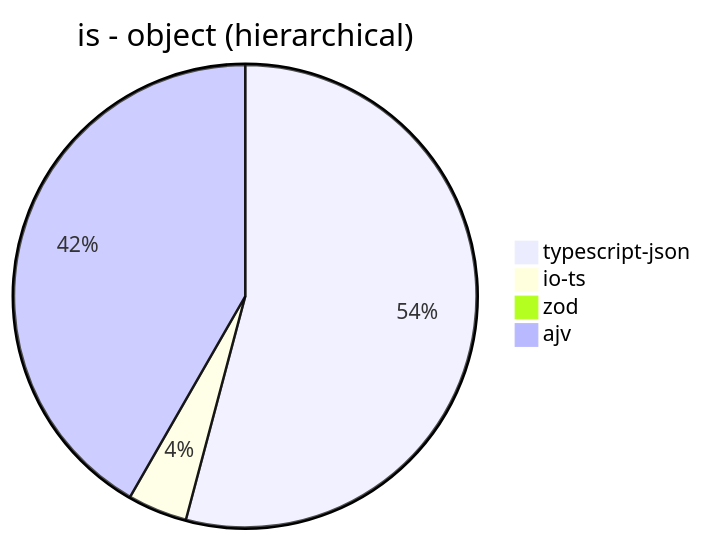
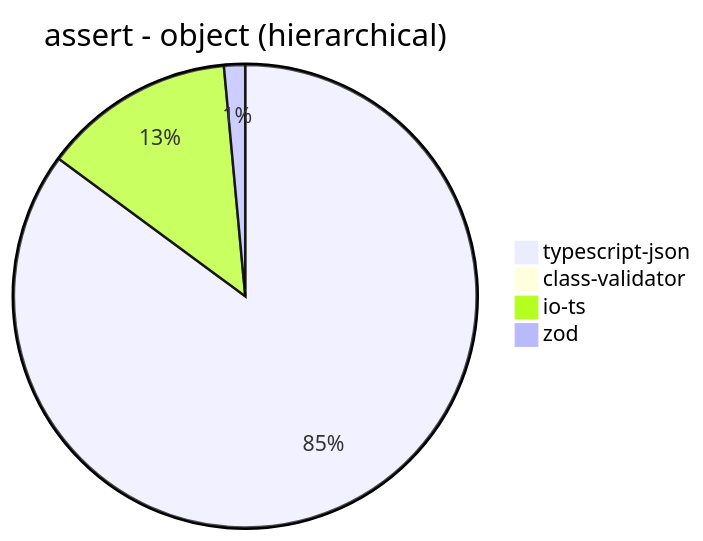
The ninth of 40 diagrams in benchmark/results/AMD Ryzen 9 5900HX with Radeon Graphics.md (samchon/typia), drawn with Mermaid before and after one commit. The commit also changed other lines of this file and 2 other files, not shown here.

````diff
--- a/benchmark/results/AMD Ryzen 9 5900HX with Radeon Graphics.md
+++ b/benchmark/results/AMD Ryzen 9 5900HX with Radeon Graphics.md
@@ -102,7 +118,7 @@
 ```mermaid
-pie title is - object (hierarchical)
-  "typescript-json": 115517.3087164921
-  "io-ts": 8879.669540229886
-  "zod": 426.39040348964016
-  "ajv": 88994.80808455405
+pie title assert - object (hierarchical)
+  "typescript-json": 26022.03906110016
+  "class-validator": 69.37033084311634
+  "io-ts": 4102.685050798259
+  "zod": 451.5031196823596
 ```
````
